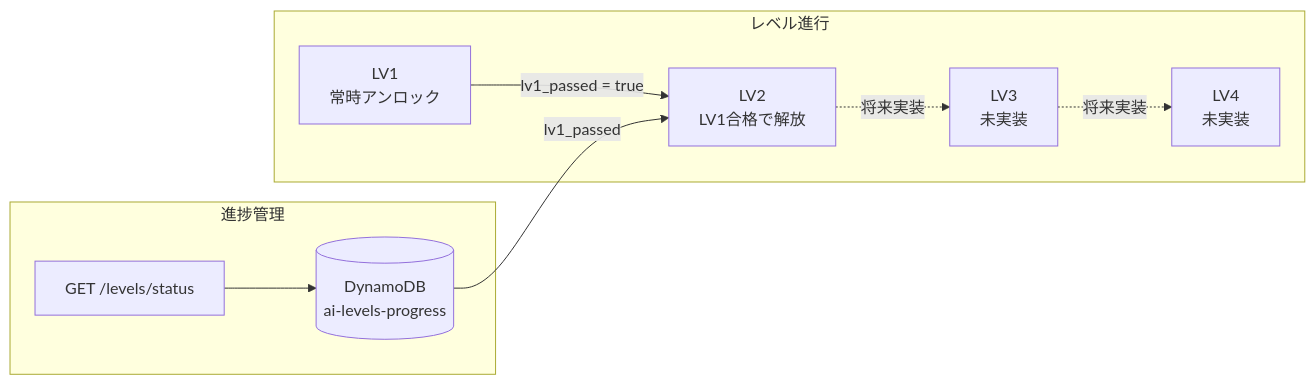
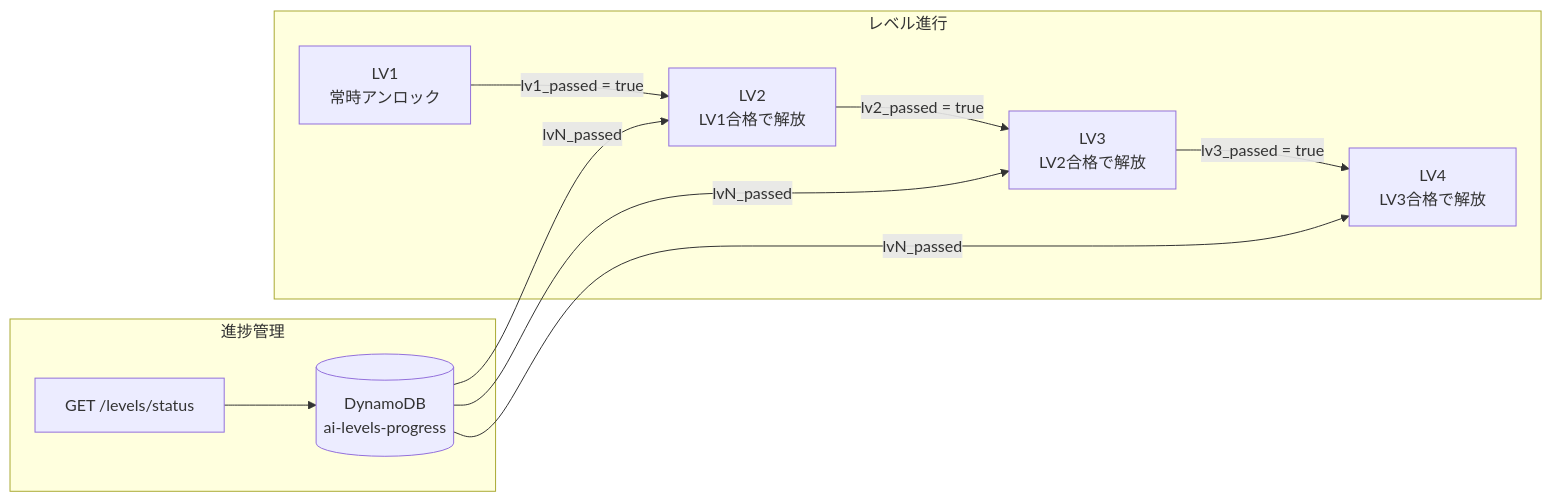
The third of 5 diagrams in README.md (leadlea/LV1), drawn with Mermaid before and after one commit. The commit also changed other lines of this file, not shown here.

Commit message:
docs: update README mermaid diagrams for LV1-LV4 and threshold resolver

````diff
--- a/README.md
+++ b/README.md
@@ -88,21 +100,21 @@
 ```mermaid
 graph LR
     subgraph "レベル進行"
         LV1[LV1<br/>常時アンロック]
         LV2[LV2<br/>LV1合格で解放]
-        LV3[LV3<br/>未実装]
-        LV4[LV4<br/>未実装]
+        LV3[LV3<br/>LV2合格で解放]
+        LV4[LV4<br/>LV3合格で解放]
     end
 
     LV1 -->|lv1_passed = true| LV2
-    LV2 -.->|将来実装| LV3
-    LV3 -.->|将来実装| LV4
+    LV2 -->|lv2_passed = true| LV3
+    LV3 -->|lv3_passed = true| LV4
 
     subgraph "進捗管理"
         GATE[GET /levels/status]
         PROG[(DynamoDB<br/>ai-levels-progress)]
     end
 
     GATE --> PROG
-    PROG -->|lv1_passed| LV2
+    PROG -->|lvN_passed| LV2 & LV3 & LV4
 ```
````
